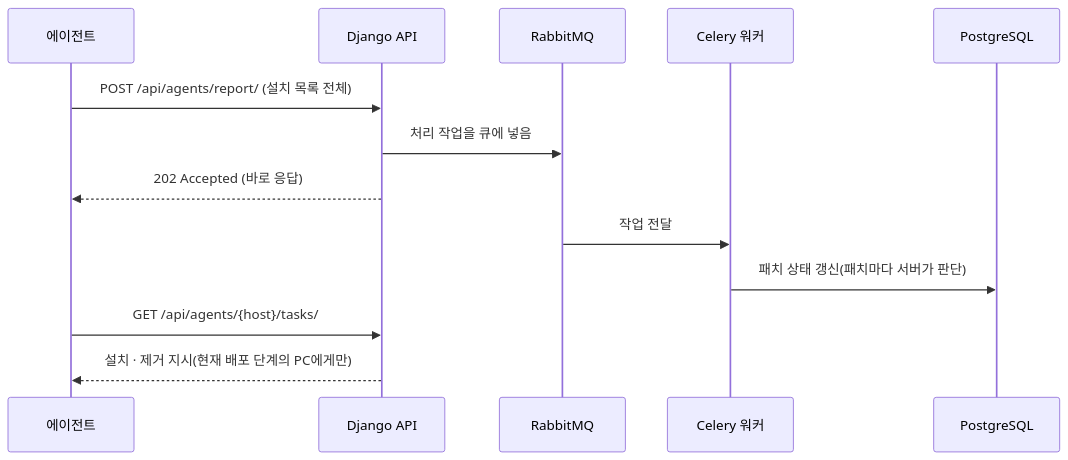
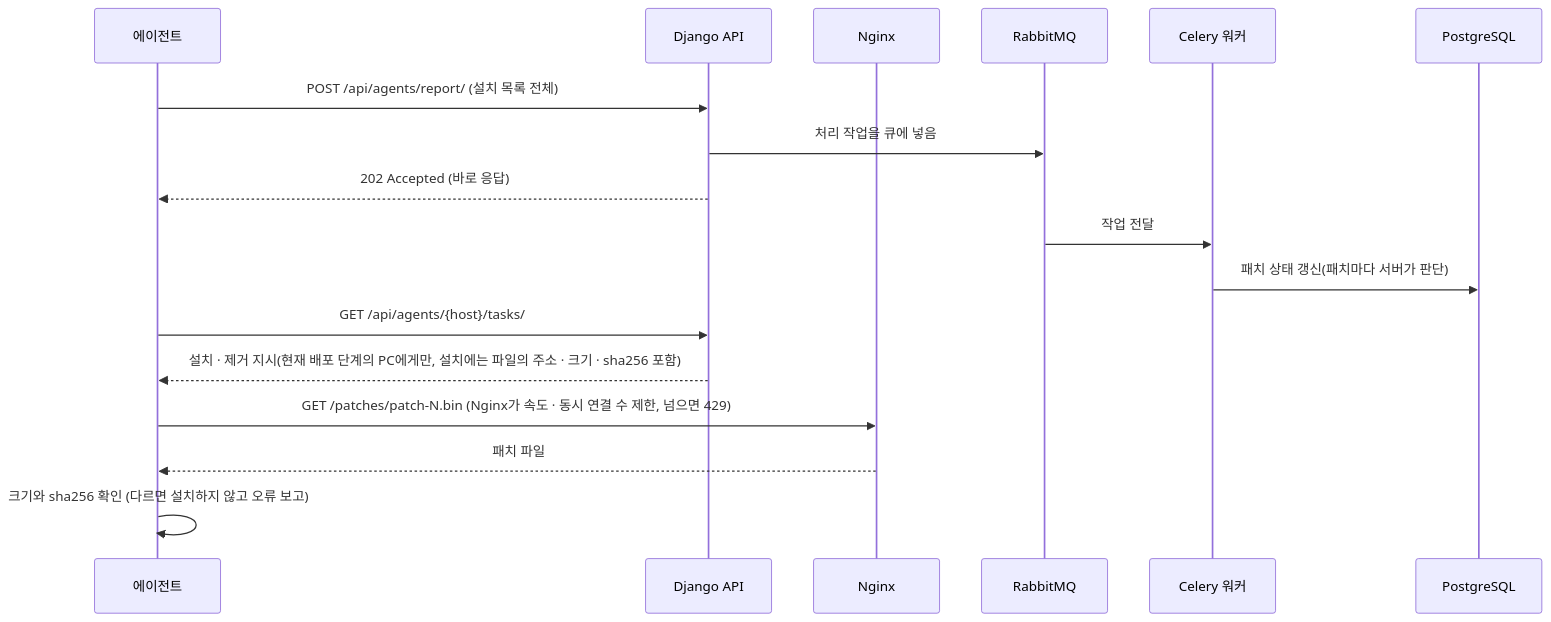
One commit to eunbel22/mini-patch-manager changed the second of 3 diagrams in README.md. Above: the diagram before and after it, drawn with Mermaid. The commit also changed other lines of this file and 18 other files, not shown here.

````diff
--- a/README.md
+++ b/README.md
@@ -39,15 +41,19 @@
 ```mermaid
 sequenceDiagram
   participant A as 에이전트
   participant S as Django API
+  participant N as Nginx
   participant Q as RabbitMQ
   participant W as Celery 워커
   participant D as PostgreSQL
   A->>S: POST /api/agents/report/ (설치 목록 전체)
   S->>Q: 처리 작업을 큐에 넣음
   S-->>A: 202 Accepted (바로 응답)
   Q->>W: 작업 전달
   W->>D: 패치 상태 갱신(패치마다 서버가 판단)
   A->>S: GET /api/agents/{host}/tasks/
-  S-->>A: 설치 · 제거 지시(현재 배포 단계의 PC에게만)
+  S-->>A: 설치 · 제거 지시(현재 배포 단계의 PC에게만, 설치에는 파일의 주소 · 크기 · sha256 포함)
+  A->>N: GET /patches/patch-N.bin (Nginx가 속도 · 동시 연결 수 제한, 넘으면 429)
+  N-->>A: 패치 파일
+  A->>A: 크기와 sha256 확인 (다르면 설치하지 않고 오류 보고)
 ```
````
